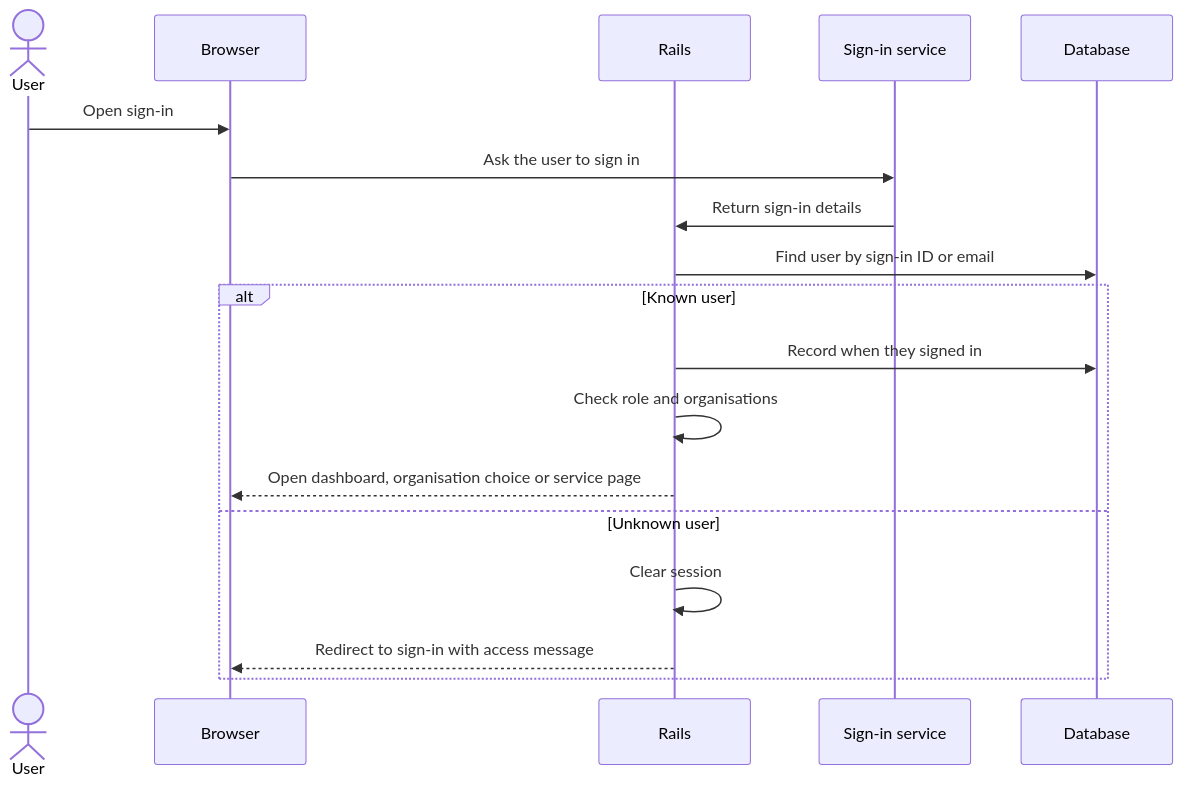
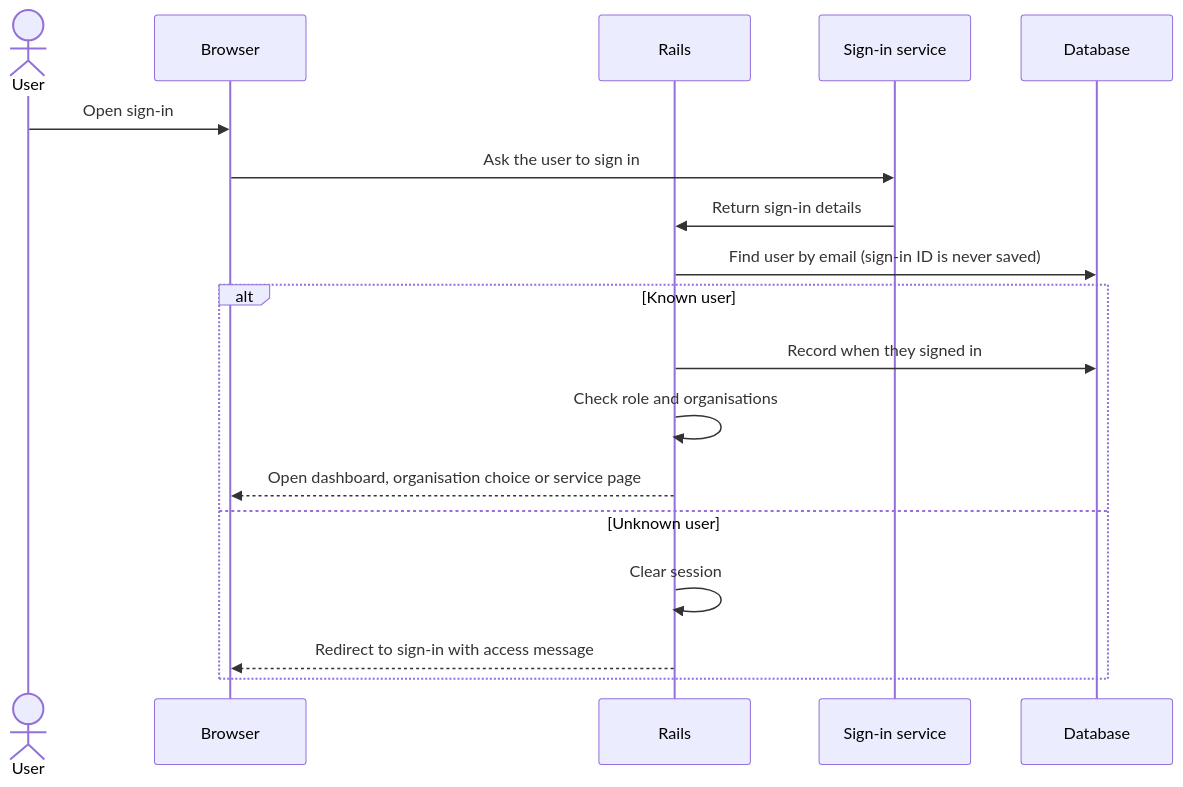
One commit to DFE-Digital/find-placement-schools changed the first of 2 diagrams in docs/application-flows.md. Above: the diagram before and after it, drawn with Mermaid. The commit also changed other lines of this file and 8 other files, not shown here.

````diff
--- a/docs/application-flows.md
+++ b/docs/application-flows.md
@@ -14,20 +14,20 @@
 ```mermaid
 sequenceDiagram
   actor User
   participant Browser
   participant Rails
   participant Identity as Sign-in service
   participant DB as Database
   User->>Browser: Open sign-in
   Browser->>Identity: Ask the user to sign in
   Identity->>Rails: Return sign-in details
-  Rails->>DB: Find user by sign-in ID or email
+  Rails->>DB: Find user by email (sign-in ID is never saved)
   alt Known user
     Rails->>DB: Record when they signed in
     Rails->>Rails: Check role and organisations
     Rails-->>Browser: Open dashboard, organisation choice or service page
   else Unknown user
     Rails->>Rails: Clear session
     Rails-->>Browser: Redirect to sign-in with access message
   end
 ```
````
